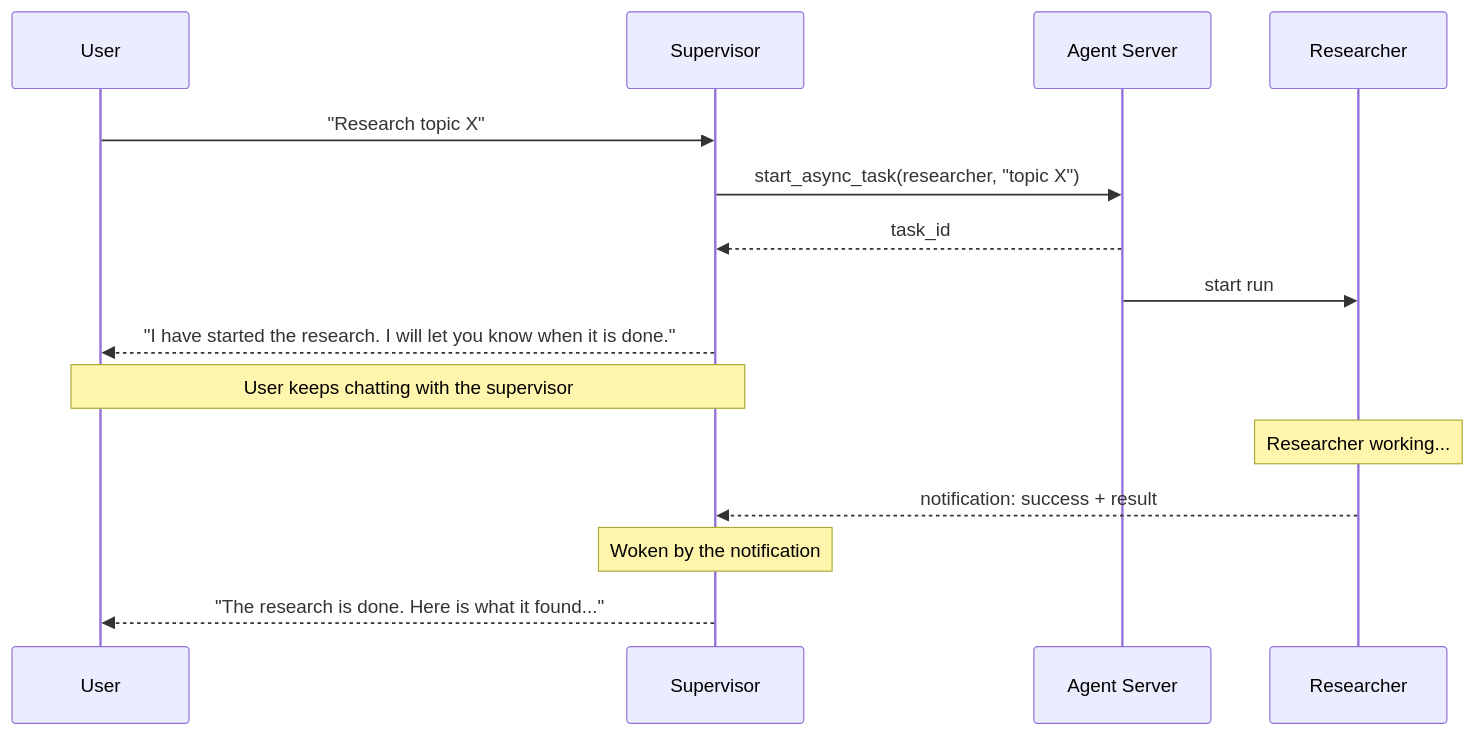
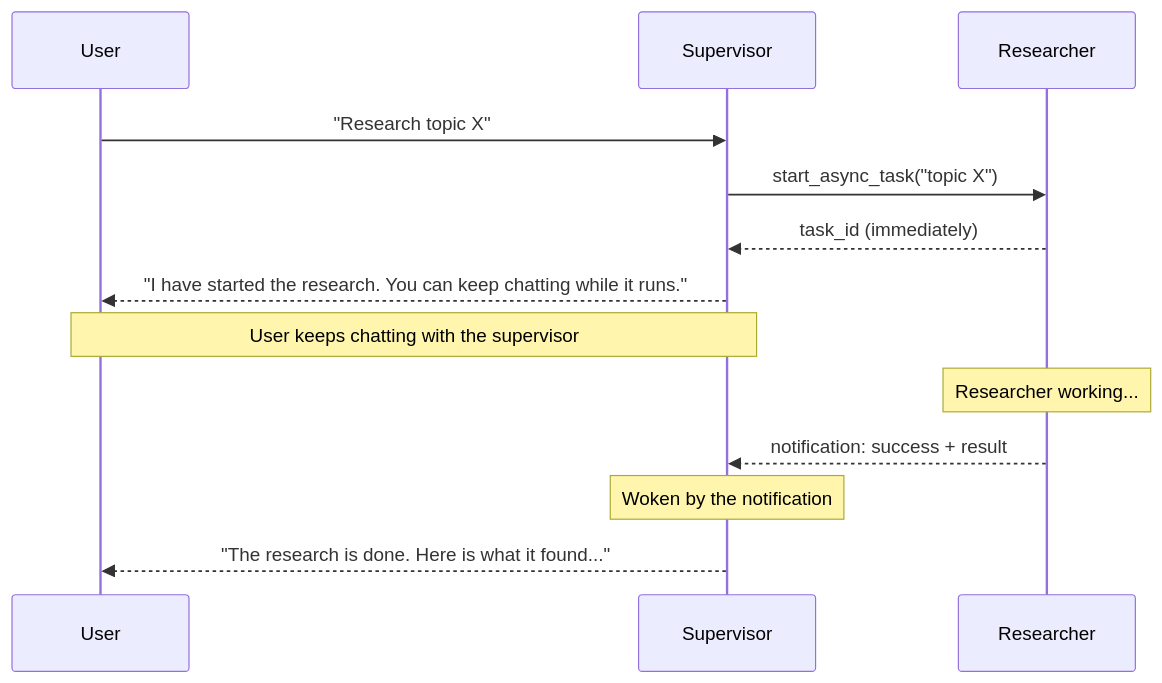
One commit to langchain-ai/docs changed the second of 2 diagrams in src/oss/deepagents/async-subagents.mdx. Above: the diagram before and after it, drawn with Mermaid. The commit also changed other lines of this file and 2 other files, not shown here.

Commit message:
docs(oss): simplify async subagents diagram and wording

````diff
--- a/src/oss/deepagents/async-subagents.mdx
+++ b/src/oss/deepagents/async-subagents.mdx
@@ -127,20 +125,18 @@
 ```mermaid
 sequenceDiagram
     participant User
     participant Supervisor
-    participant Server as Agent Server
     participant Researcher
 
     User->>Supervisor: "Research topic X"
-    Supervisor->>Server: start_async_task(researcher, "topic X")
-    Server-->>Supervisor: task_id
-    Server->>Researcher: start run
-    Supervisor-->>User: "I have started the research. I will let you know when it is done."
+    Supervisor->>Researcher: start_async_task("topic X")
+    Researcher-->>Supervisor: task_id (immediately)
+    Supervisor-->>User: "I have started the research. You can keep chatting while it runs."
 
     Note over User,Supervisor: User keeps chatting with the supervisor
     Note over Researcher: Researcher working...
 
     Researcher-->>Supervisor: notification: success + result
     Note over Supervisor: Woken by the notification
     Supervisor-->>User: "The research is done. Here is what it found..."
 ```
````
